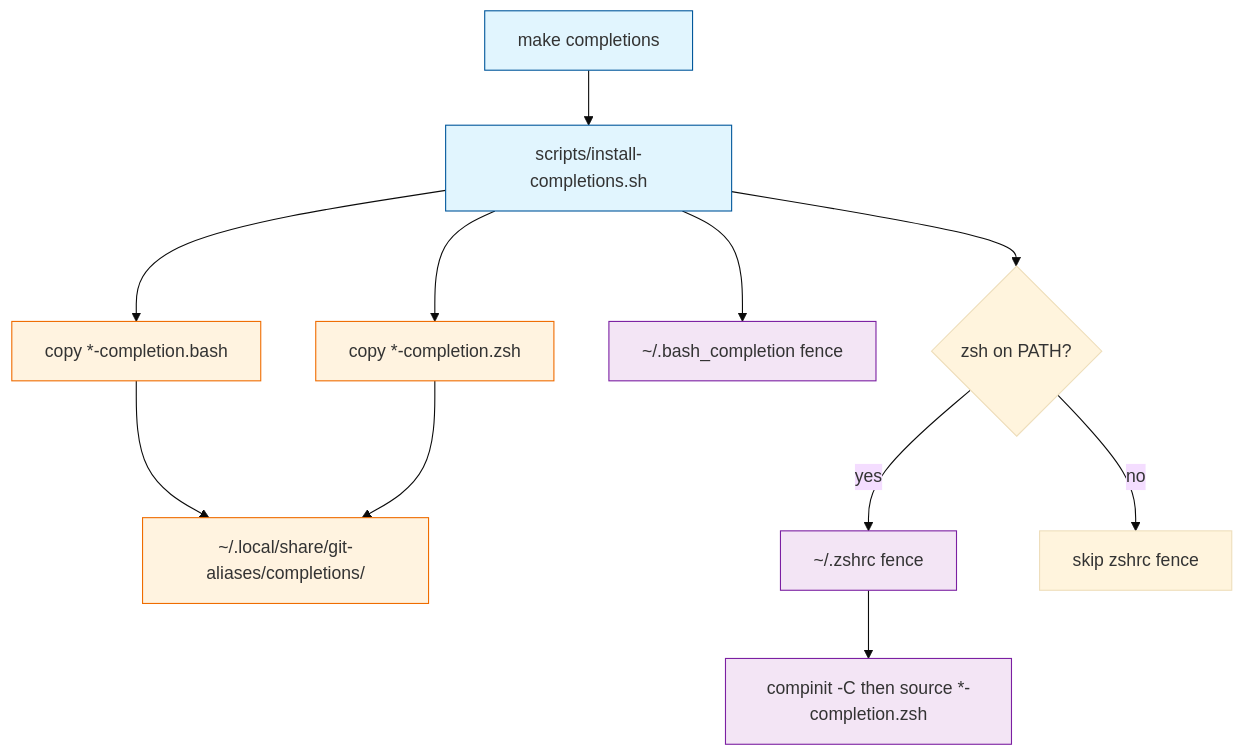
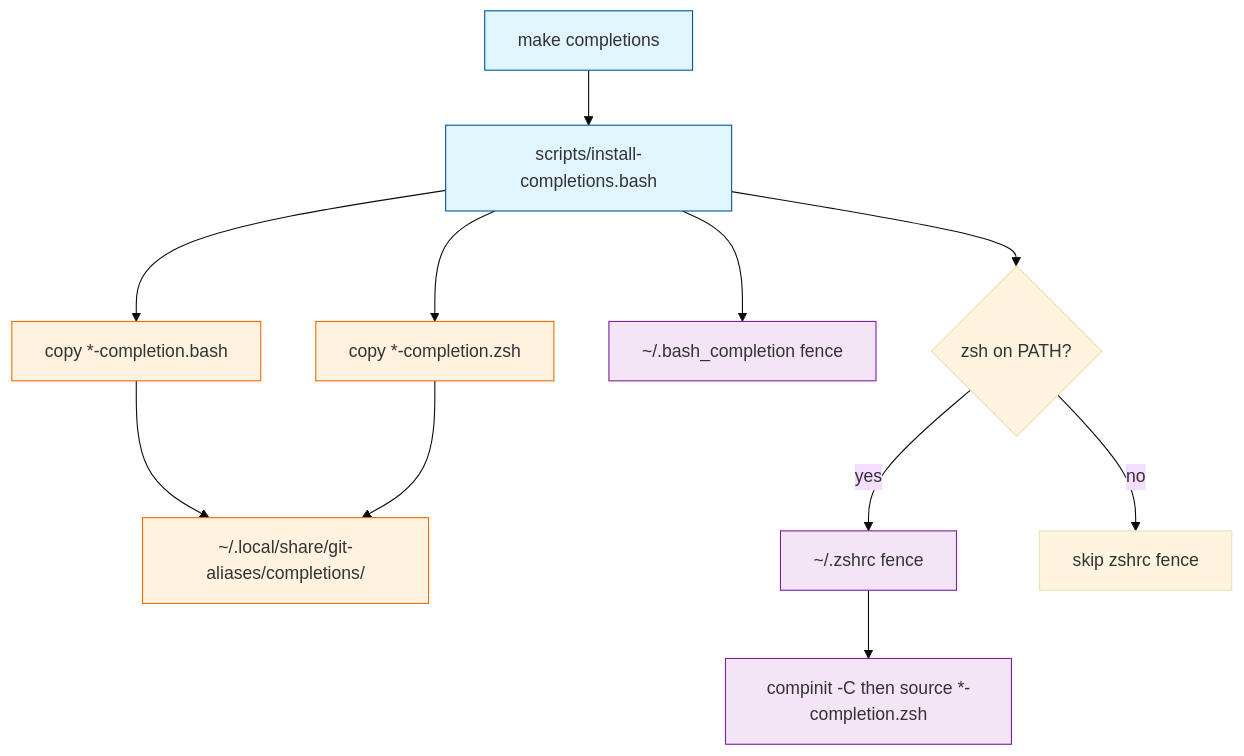
Before and after one commit to Texarkanine/git-aliases: the diagram in memory-bank/active/tasks.md, drawn with Mermaid (base theme). The commit also changed other lines of this file and 2 other files, not shown here.

````diff
--- a/memory-bank/active/tasks.md
+++ b/memory-bank/active/tasks.md
@@ -11,17 +11,17 @@
 ```mermaid
 graph TD
     classDef install fill:#e1f5fe,stroke:#01579b;
     classDef rc fill:#f3e5f5,stroke:#7b1fa2;
     classDef src fill:#fff3e0,stroke:#ef6c00;
 
-    Make["make completions"]:::install --> Inst["scripts/install-completions.sh"]:::install
+    Make["make completions"]:::install --> Inst["scripts/install-completions.bash"]:::install
     Inst --> CopyB["copy *-completion.bash"]:::src
     Inst --> CopyZ["copy *-completion.zsh"]:::src
     CopyB --> Dir["~/.local/share/git-aliases/completions/"]:::src
     CopyZ --> Dir
     Inst --> BashFence["~/.bash_completion fence"]:::rc
     Inst --> ZshQ{"zsh on PATH?"}
     ZshQ -->|"yes"| ZshFence["~/.zshrc fence"]:::rc
     ZshQ -->|"no"| Skip["skip zshrc fence"]
     ZshFence --> Compinit["compinit -C then source *-completion.zsh"]:::rc
 ```
````
